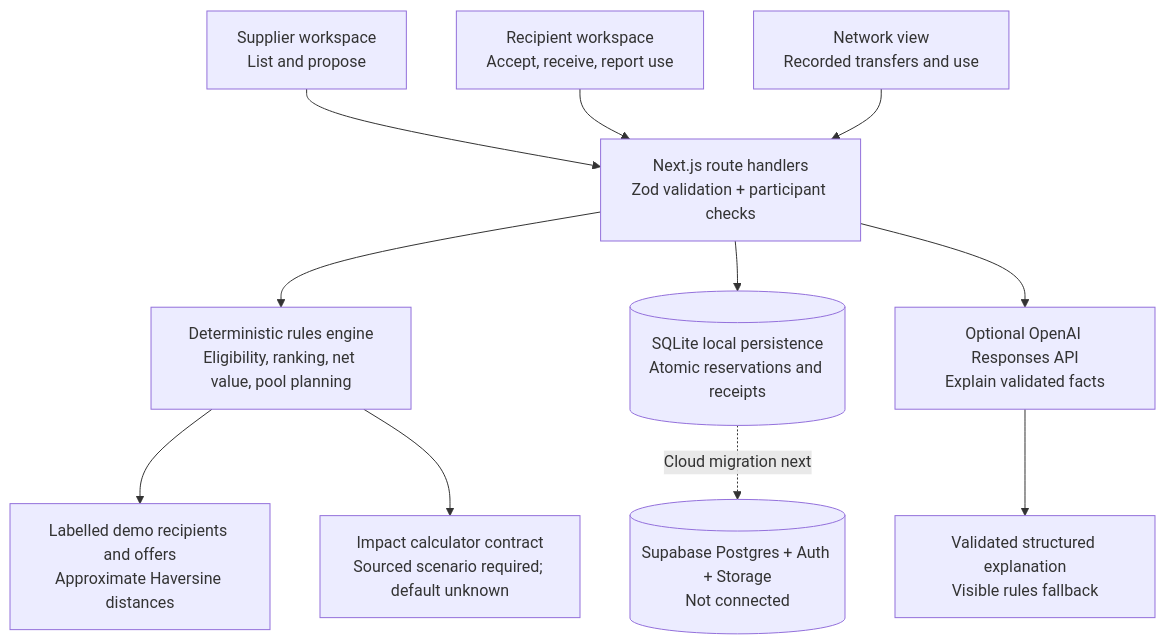
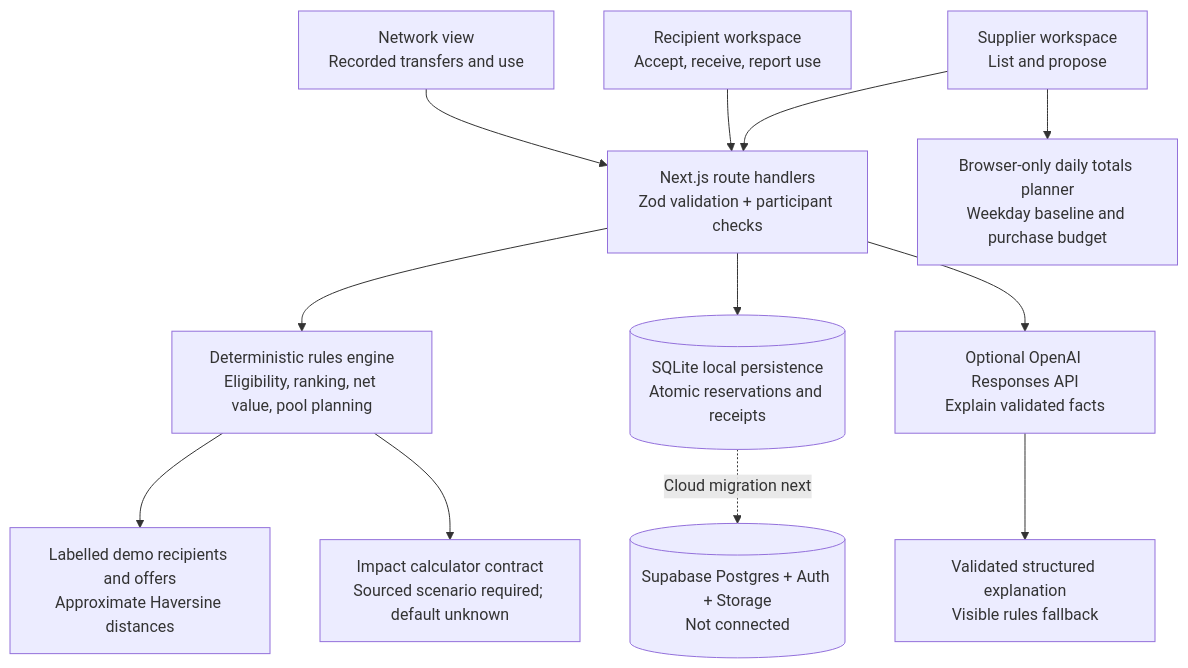
Before and after one commit to LucidMach/Coffee4ClimateChange: the first of 2 diagrams in docs/architecture.md, drawn with Mermaid. The commit also changed other lines of this file and 4 other files, not shown here.

````diff
--- a/docs/architecture.md
+++ b/docs/architecture.md
@@ -5,13 +5,14 @@
 ```mermaid
 flowchart TD
   S[Supplier workspace<br/>List and propose] --> API[Next.js route handlers<br/>Zod validation + participant checks]
+  S --> P[Browser-only daily totals planner<br/>Weekday baseline and purchase budget]
   R[Recipient workspace<br/>Accept, receive, report use] --> API
   N[Network view<br/>Recorded transfers and use] --> API
   API --> E[Deterministic rules engine<br/>Eligibility, ranking, net value, pool planning]
   API --> DB[(SQLite local persistence<br/>Atomic reservations and receipts)]
   API --> A[Optional OpenAI Responses API<br/>Explain validated facts]
   A --> F[Validated structured explanation<br/>Visible rules fallback]
   E --> D[Labelled demo recipients and offers<br/>Approximate Haversine distances]
   E --> I[Impact calculator contract<br/>Sourced scenario required; default unknown]
   DB -. Cloud migration next .-> SB[(Supabase Postgres + Auth + Storage<br/>Not connected)]
 ```
````
